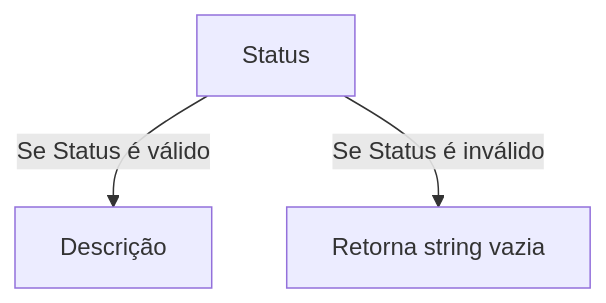
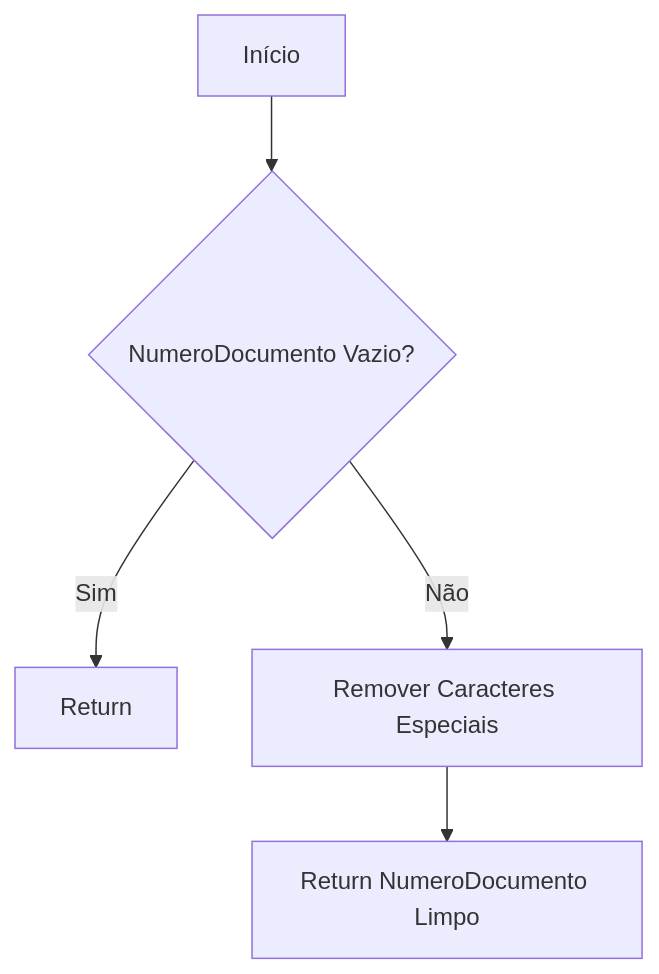
One commit to IsthmusSistemas/documentacao-tecnica changed the first of 2 diagrams in docs/b2b-dominio/IsthmusWinthor.Nucleo/IsthmusWinthor.Dominio/Entidades/Prospecto.md. Above: the diagram before and after it, drawn with Mermaid. The commit also changed other lines of this file and 882 other files, not shown here.

````diff
--- a/docs/b2b-dominio/IsthmusWinthor.Nucleo/IsthmusWinthor.Dominio/Entidades/Prospecto.md
+++ b/docs/b2b-dominio/IsthmusWinthor.Nucleo/IsthmusWinthor.Dominio/Entidades/Prospecto.md
@@ -26,5 +19,7 @@
 ```mermaid
 flowchart TD
-    A[Status] -->|Se Status é válido| B[Descrição]
-    A -->|Se Status é inválido| C[Retorna string vazia]
+    A[Início] --> B{NumeroDocumento Vazio?}
+    B -- Sim --> C[Return ""]
+    B -- Não --> D[Remover Caracteres Especiais]
+    D --> E[Return NumeroDocumento Limpo]
 ```
````
